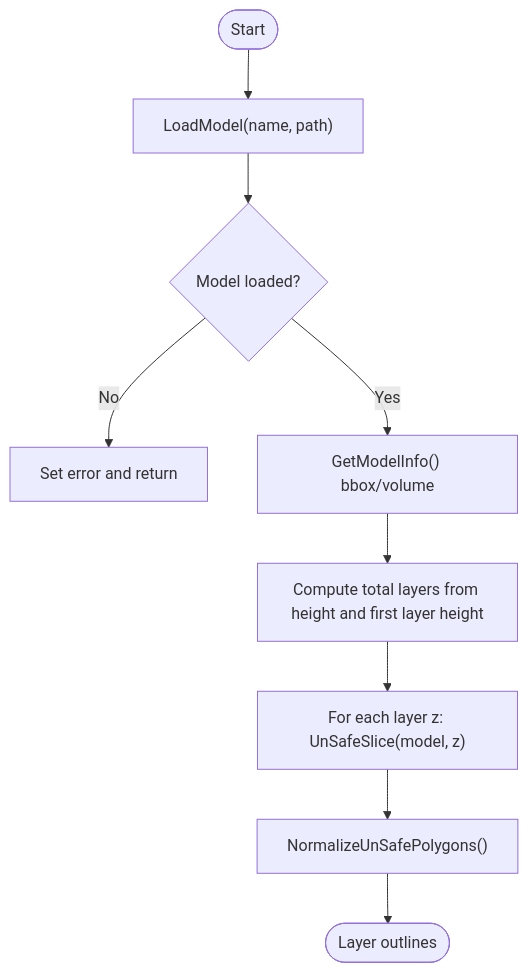
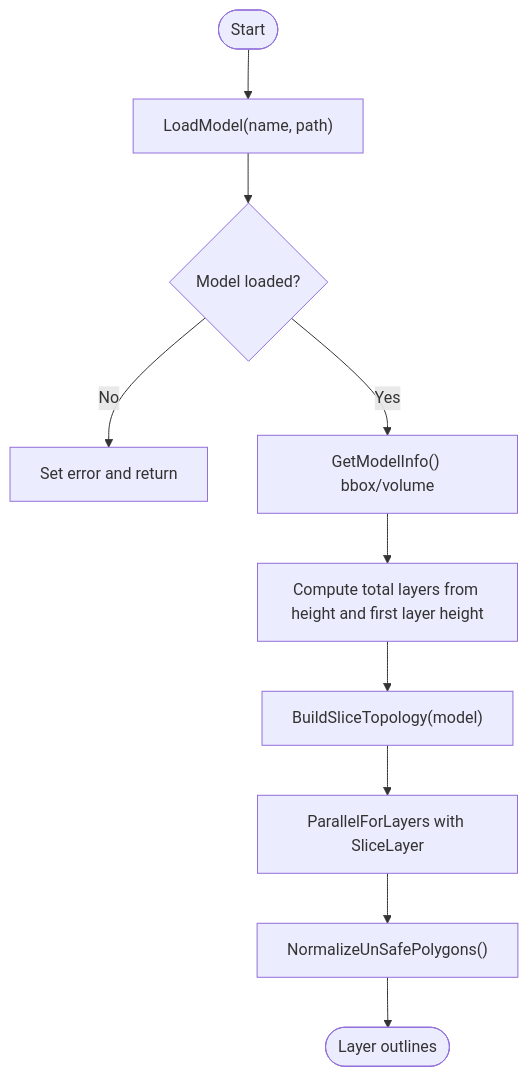
The sixth of 11 diagrams in .qoder/repowiki/en/content/Core Architecture/SLA Slicing Pipeline.md (hsmbanlance/HsBaSlicer), drawn with Mermaid before and after one commit. The commit also changed other lines of this file and 20 other files, not shown here.

````diff
--- a/.qoder/repowiki/en/content/Core Architecture/SLA Slicing Pipeline.md
+++ b/.qoder/repowiki/en/content/Core Architecture/SLA Slicing Pipeline.md
@@ -250,11 +355,12 @@
 ```mermaid
 flowchart TD
 Start(["Start"]) --> Load["LoadModel(name, path)"]
 Load --> Valid{"Model loaded?"}
 Valid --> |No| Error["Set error and return"]
 Valid --> |Yes| Info["GetModelInfo() bbox/volume"]
 Info --> Layers["Compute total layers from height and first layer height"]
-Layers --> Loop["For each layer z: UnSafeSlice(model, z)"]
-Loop --> Normalize["NormalizeUnSafePolygons()"]
+Layers --> Topo["BuildSliceTopology(model)"]
+Topo --> Parallel["ParallelForLayers with SliceLayer"]
+Parallel --> Normalize["NormalizeUnSafePolygons()"]
 Normalize --> Out(["Layer outlines"])
 ```
````
